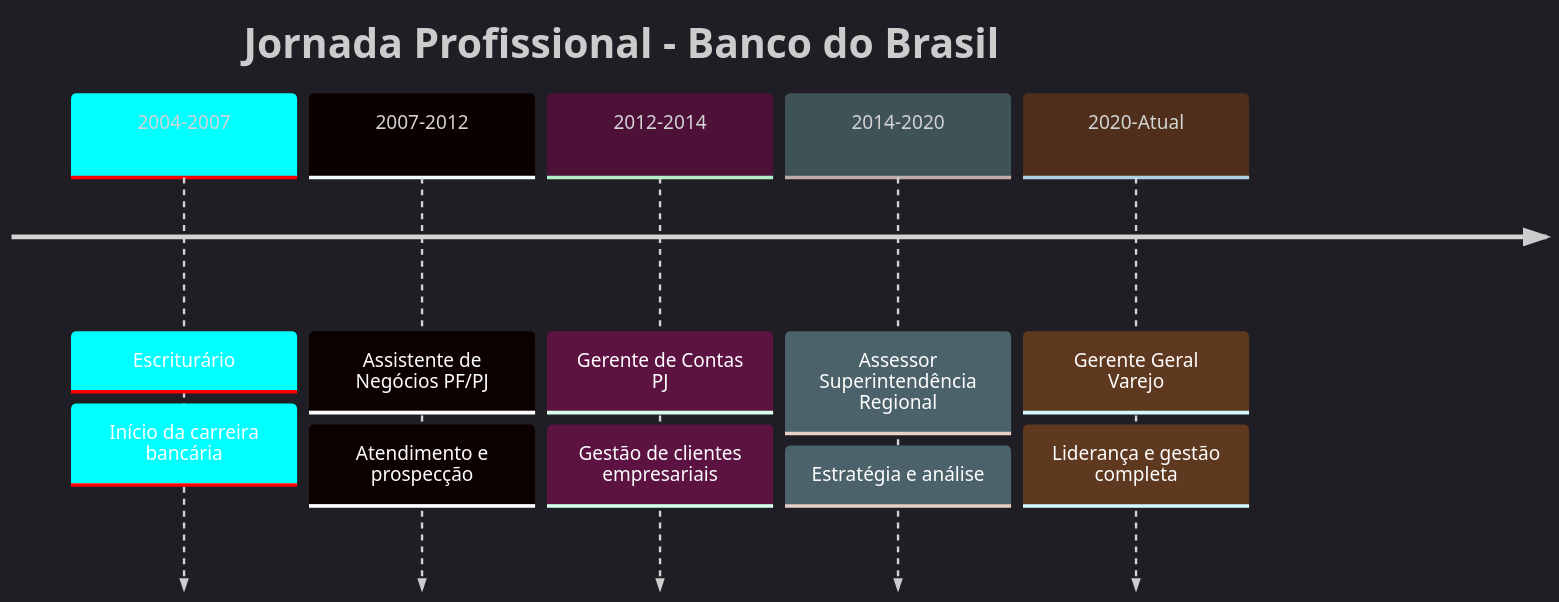
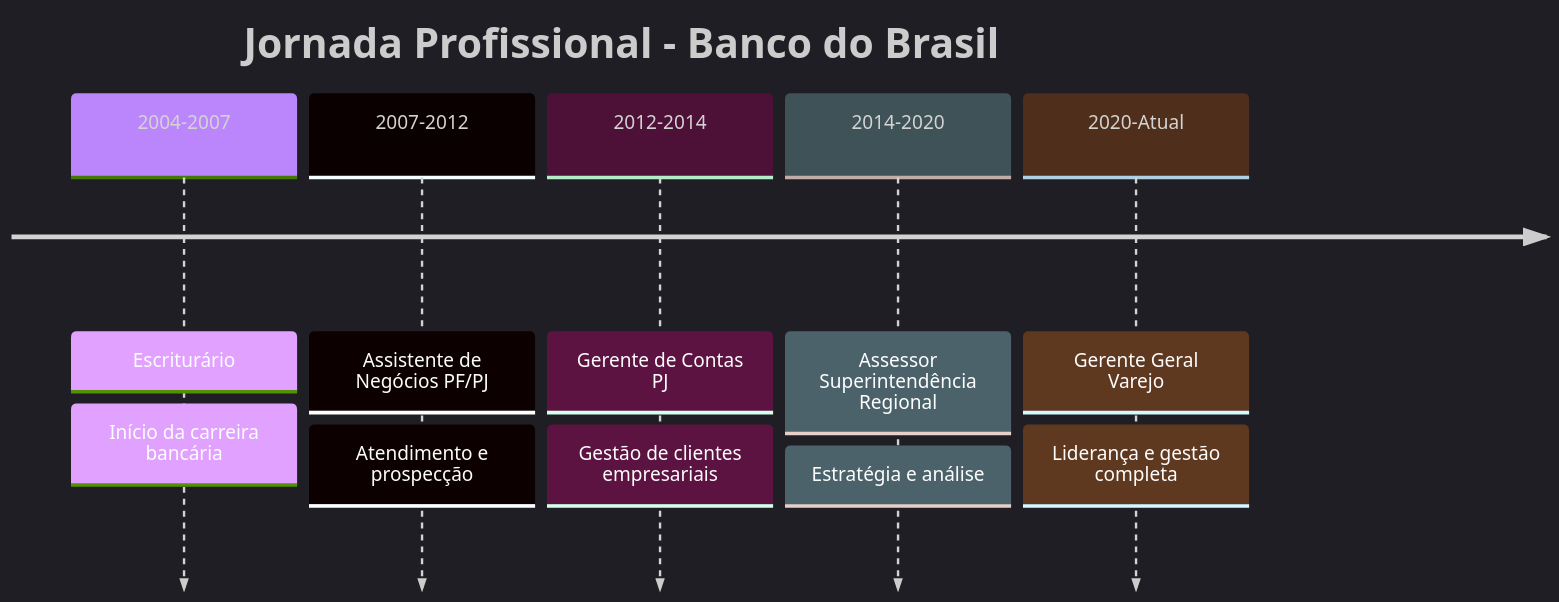
Before and after one commit to bettograpiuna/bettograpiuna: the diagram in README.md, drawn with Mermaid. The commit also changed other lines of this file, not shown here.

````diff
--- a/README.md
+++ b/README.md
@@ -107,15 +115,15 @@
 ```mermaid
-%%{init: {'theme':'dark', 'themeVariables': { 'primaryColor':'#00ffff','primaryTextColor':'#00ff41','primaryBorderColor':'#00ffff','lineColor':'#00ff41','secondaryColor':'#1a1a2e','tertiaryColor':'#16213e','fontSize':'16px'}}}%%
+%%{init: {'theme':'dark', 'themeVariables': { 'primaryColor':'#BB86FC','primaryTextColor':'#FFFFFF','primaryBorderColor':'#BB86FC','lineColor':'#CF6679','secondaryColor':'#1a1a2e','tertiaryColor':'#16213e','fontSize':'16px'}}}%%
 timeline
     title Jornada Profissional - Banco do Brasil
     2004-2007 : Escriturário
               : Início da carreira bancária
     2007-2012 : Assistente de Negócios PF/PJ
               : Atendimento e prospecção
     2012-2014 : Gerente de Contas PJ
               : Gestão de clientes empresariais
     2014-2020 : Assessor Superintendência Regional
               : Estratégia e análise
     2020-Atual : Gerente Geral Varejo
                : Liderança e gestão completa
 ```
````
